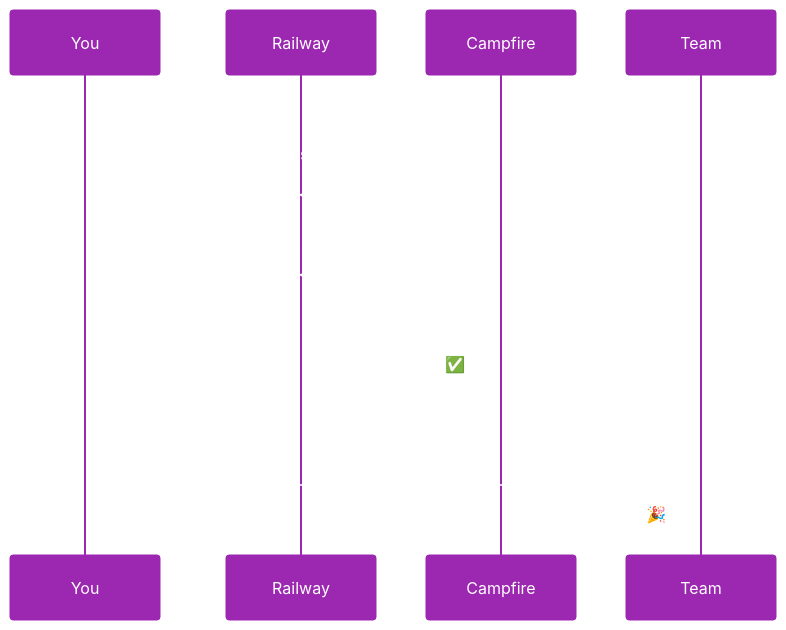
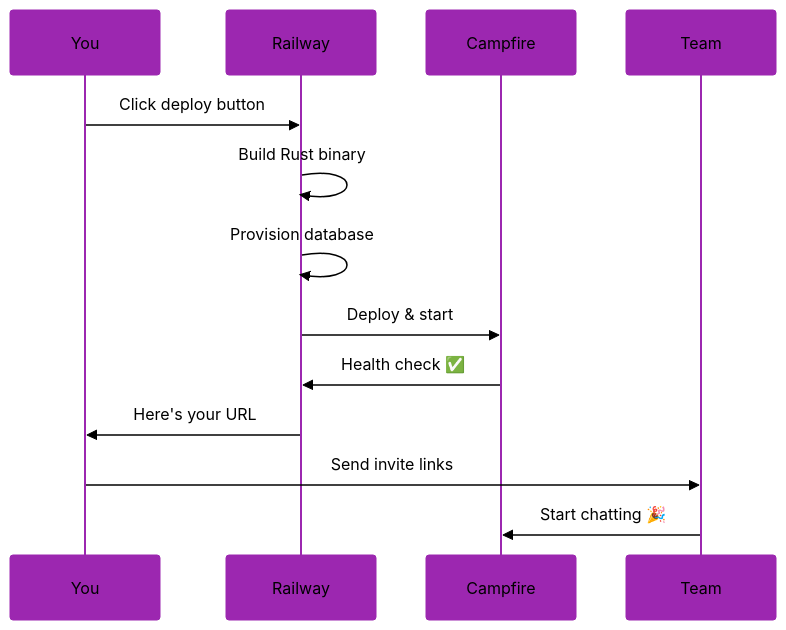
The fifth of 6 diagrams in README.md (that-in-rust/campfire-on-rust), drawn with Mermaid before and after one commit. The commit also changed other lines of this file and 4 other files, not shown here.

First line of the commit message:
✨ Improve branding and mermaid diagrams

````diff
--- a/README.md
+++ b/README.md
@@ -140,17 +140,17 @@
 ```mermaid
-%%{init: {'theme':'base', 'themeVariables': {'primaryColor':'#9c27b0','primaryTextColor':'#ffffff','primaryBorderColor':'#9c27b0','lineColor':'#333333'}}}%%
+%%{init: {'theme':'base', 'themeVariables': {'primaryColor':'#9c27b0','primaryTextColor':'#000000','primaryBorderColor':'#9c27b0','lineColor':'#333333'}}}%%
 sequenceDiagram
     participant You
     participant Railway
     participant Campfire
     participant Team
     
     You->>Railway: Click deploy button
     Railway->>Railway: Build Rust binary
     Railway->>Railway: Provision database
     Railway->>Campfire: Deploy & start
     Campfire->>Railway: Health check ✅
     Railway->>You: Here's your URL
     You->>Team: Send invite links
     Team->>Campfire: Start chatting 🎉
 ```
````
